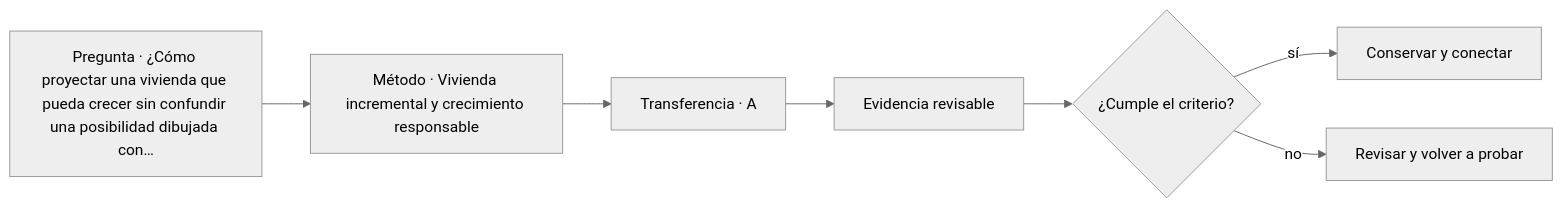
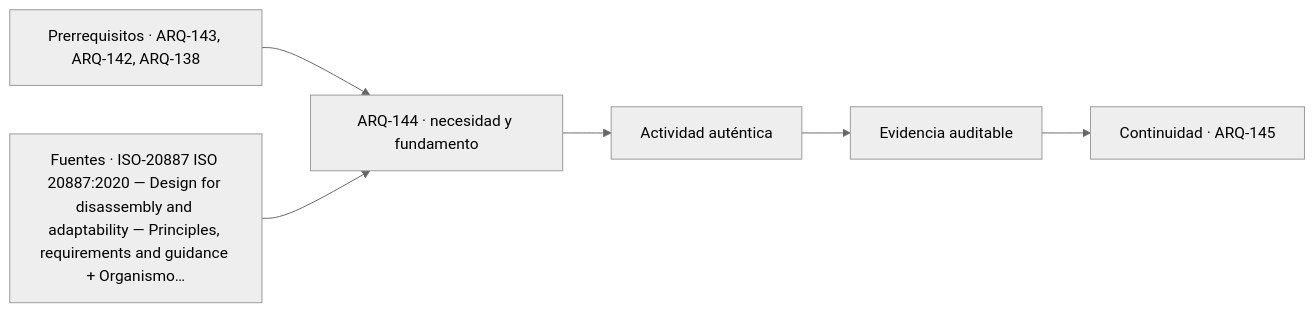
Before and after one commit to vladimiracunadev-create/architecture-built-environment-learning-program: the diagram in classes/parte-15/ARQ-144.md, drawn with Mermaid (neutral theme). The commit also changed other lines of this file and 761 other files, not shown here.

````diff
--- a/classes/parte-15/ARQ-144.md
+++ b/classes/parte-15/ARQ-144.md
@@ -108,9 +120,8 @@
 ```mermaid
 flowchart LR
-    Q["Pregunta · ¿Cómo proyectar una vivienda que pueda crecer sin confundir una posibilidad dibujada con…"] --> M["Método · Vivienda incremental y crecimiento responsable"]
-    M --> P["Transferencia · A"]
-    P --> E["Evidencia revisable"]
-    E --> C{"¿Cumple el criterio?"}
-    C -->|sí| T["Conservar y conectar"]
-    C -->|no| R["Revisar y volver a probar"]
+    A["Prerrequisitos · ARQ-143, ARQ-142, ARQ-138"] --> B["ARQ-144 · necesidad y fundamento"]
+    S["Fuentes · ISO-20887 ISO 20887:2020 — Design for disassembly and adaptability — Principles, requirements and guidance + Organismo…"] --> B
+    B --> C["Actividad auténtica"]
+    C --> D["Evidencia auditable"]
+    D --> E["Continuidad · ARQ-145"]
 ```
````
